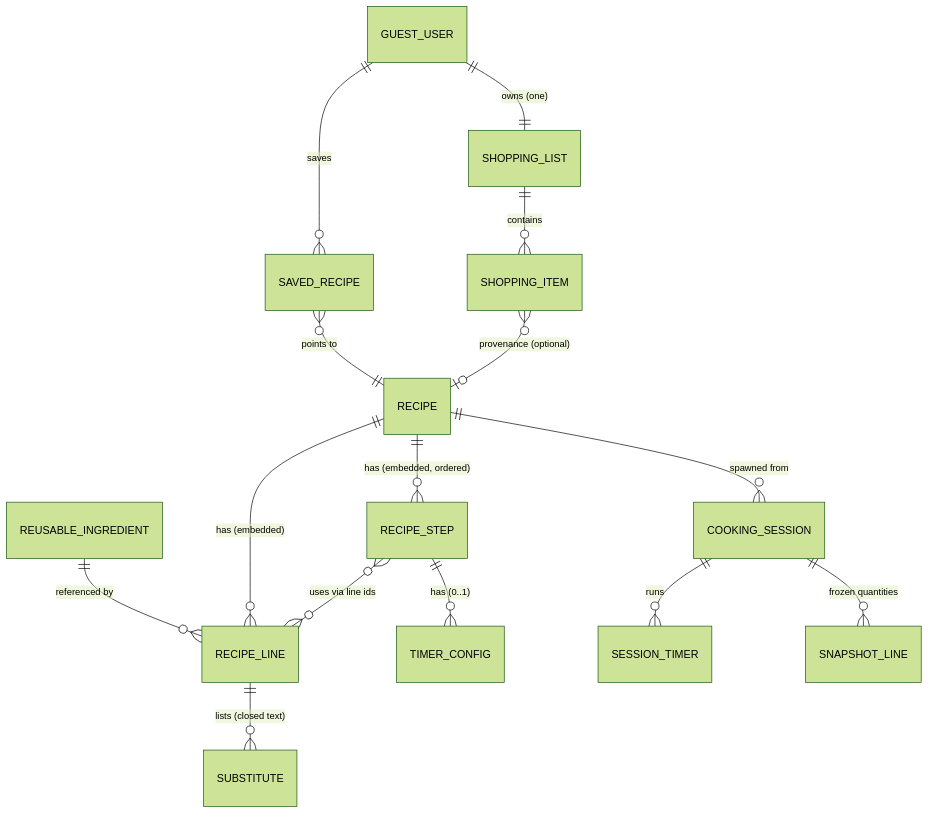
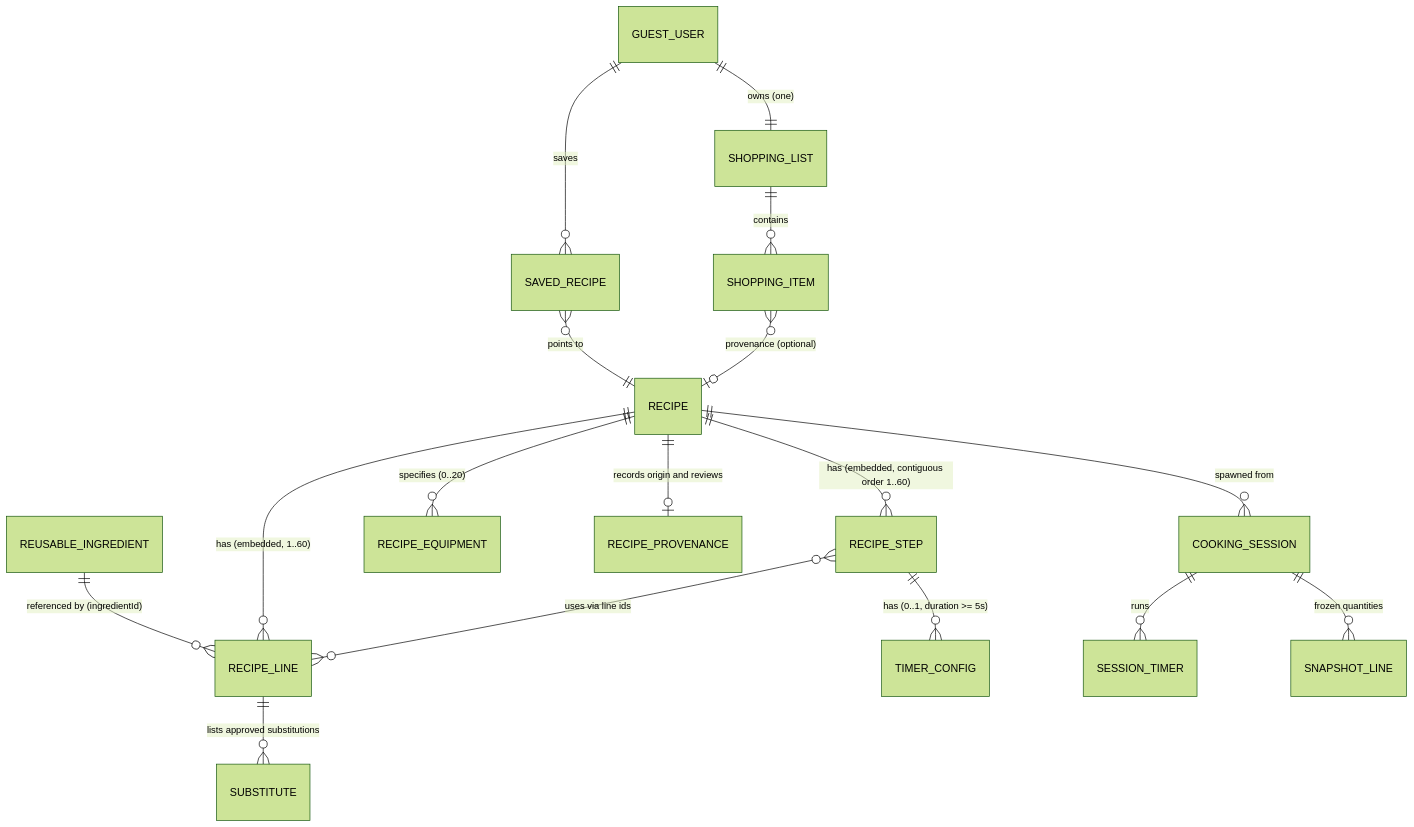
The diagram in docs/DATA_MODEL.md (Prince-uxdesign/Kooking), drawn with Mermaid (forest theme) before and after one commit. The commit also changed other lines of this file and 60 other files, not shown here.

````diff
--- a/docs/DATA_MODEL.md
+++ b/docs/DATA_MODEL.md
@@ -8,17 +8,19 @@
 ```mermaid
 erDiagram
-  REUSABLE_INGREDIENT ||--o{ RECIPE_LINE : "referenced by"
-  RECIPE ||--o{ RECIPE_LINE : "has (embedded)"
-  RECIPE ||--o{ RECIPE_STEP : "has (embedded, ordered)"
-  RECIPE_LINE ||--o{ SUBSTITUTE : "lists (closed text)"
-  RECIPE_STEP ||--o{ TIMER_CONFIG : "has (0..1)"
+  REUSABLE_INGREDIENT ||--o{ RECIPE_LINE : "referenced by (ingredientId)"
+  RECIPE ||--o{ RECIPE_LINE : "has (embedded, 1..60)"
+  RECIPE ||--o{ RECIPE_STEP : "has (embedded, contiguous order 1..60)"
+  RECIPE ||--o{ RECIPE_EQUIPMENT : "specifies (0..20)"
+  RECIPE ||--o| RECIPE_PROVENANCE : "records origin and reviews"
+  RECIPE_LINE ||--o{ SUBSTITUTE : "lists approved substitutions"
+  RECIPE_STEP ||--o{ TIMER_CONFIG : "has (0..1, duration >= 5s)"
   RECIPE_STEP }o--o{ RECIPE_LINE : "uses via line ids"
   GUEST_USER ||--o{ SAVED_RECIPE : "saves"
   SAVED_RECIPE }o--|| RECIPE : "points to"
   GUEST_USER ||--|| SHOPPING_LIST : "owns (one)"
   SHOPPING_LIST ||--o{ SHOPPING_ITEM : "contains"
   SHOPPING_ITEM }o--o| RECIPE : "provenance (optional)"
   RECIPE ||--o{ COOKING_SESSION : "spawned from"
   COOKING_SESSION ||--o{ SESSION_TIMER : "runs"
   COOKING_SESSION ||--o{ SNAPSHOT_LINE : "frozen quantities"
 ```
````
